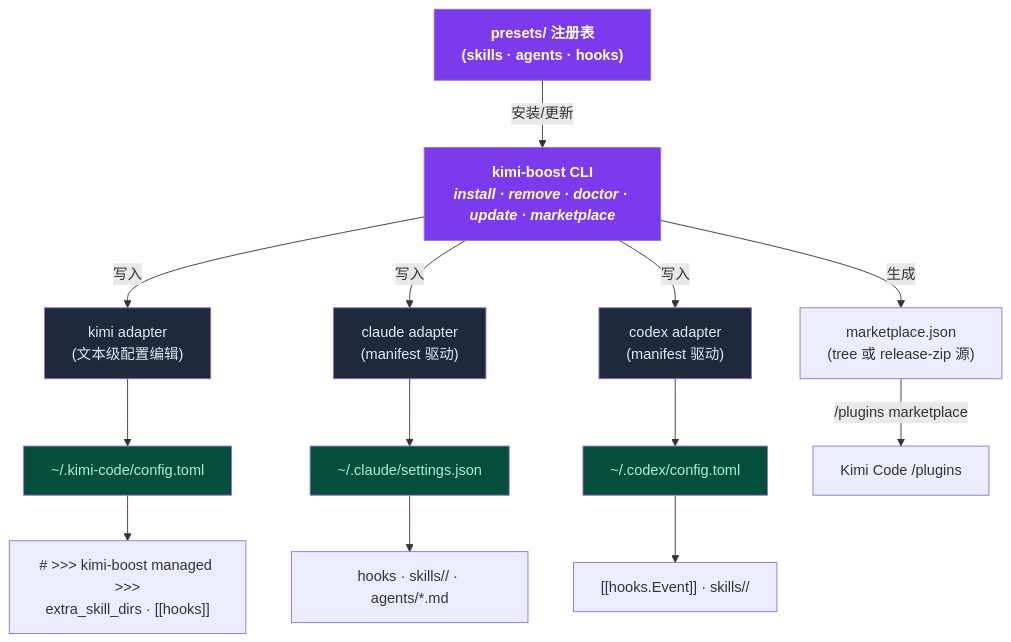
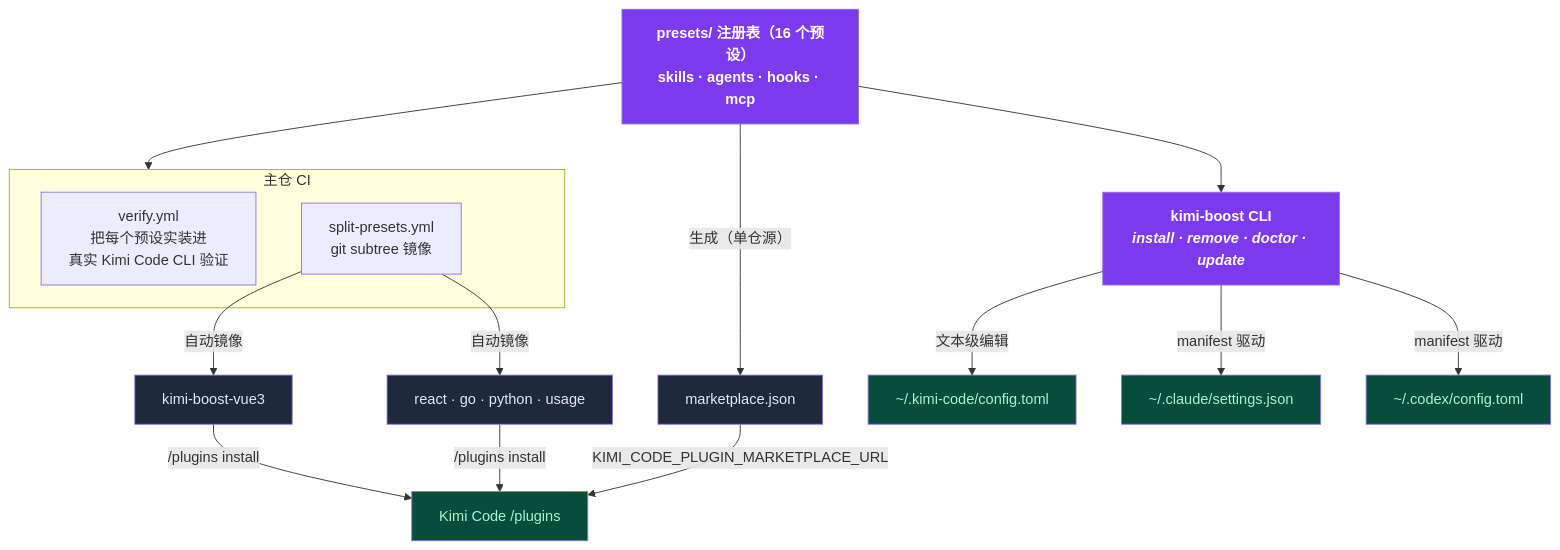
The diagram in docs/README.zh-CN.md (shidesheng0218/kimi-boost), drawn with Mermaid before and after one commit. The commit also changed other lines of this file and 5 other files, not shown here.

````diff
--- a/docs/README.zh-CN.md
+++ b/docs/README.zh-CN.md
@@ -158,28 +161,29 @@
 ```mermaid
 flowchart TD
-    KB["<b>kimi-boost CLI</b><br/><i>install · remove · doctor · update · marketplace</i>"]
-    REG["presets/ 注册表<br/>(skills · agents · hooks)"]
+    REG["<b>presets/ 注册表</b>（16 个预设）<br/>skills · agents · hooks · mcp"]
 
-    KB -->|写入| KI["kimi adapter<br/>(文本级配置编辑)"]
-    KB -->|写入| CC["claude adapter<br/>(manifest 驱动)"]
-    KB -->|写入| CX["codex adapter<br/>(manifest 驱动)"]
+    subgraph CI["主仓 CI"]
+      VERIFY["verify.yml<br/>把每个预设实装进<br/>真实 Kimi Code CLI 验证"]
+      SPLIT["split-presets.yml<br/>git subtree 镜像"]
+    end
 
-    KI --> KCF["~/.kimi-code/config.toml"]
-    CC --> CCS["~/.claude/settings.json"]
-    CX --> CXC["~/.codex/config.toml"]
+    REG --> CI
+    SPLIT -->|"自动镜像"| M1["kimi-boost-vue3"]
+    SPLIT -->|"自动镜像"| M2["react · go · python · usage"]
+    M1 & M2 -->|"/plugins install"| KP["Kimi Code /plugins"]
+    REG -->|"生成（单仓源）"| MKT["marketplace.json"]
+    MKT -->|"KIMI_CODE_PLUGIN_MARKETPLACE_URL"| KP
 
-    KCF --> BOOST1["# >>> kimi-boost managed >>><br/>extra_skill_dirs · [[hooks]]"]
-    CCS --> BOOST2["hooks · skills/<id>/ · agents/*.md"]
-    CXC --> BOOST3["[[hooks.Event]] · skills/<id>/"]
-
-    REG -->|安装/更新| KB
-    KB -->|生成| MKT["marketplace.json<br/>(tree 或 release-zip 源)"]
-    MKT -->|"/plugins marketplace"| KIMI_PLUGINS["Kimi Code /plugins"]
+    KB["<b>kimi-boost CLI</b><br/><i>install · remove · doctor · update</i>"]
+    REG --> KB
+    KB -->|"文本级编辑"| KCF["~/.kimi-code/config.toml"]
+    KB -->|"manifest 驱动"| CCS["~/.claude/settings.json"]
+    KB -->|"manifest 驱动"| CXC["~/.codex/config.toml"]
 
     classDef cli fill:#7c3aed,color:#fff,font-weight:bold;
     classDef tool fill:#1e293b,color:#e2e8f0;
     classDef out fill:#064e3b,color:#a7f3d0;
     class KB,REG cli;
-    class KI,CC,CX tool;
-    class KCF,CCS,CXC out;
+    class M1,M2,MKT tool;
+    class KCF,CCS,CXC,KP out;
 ```
````
